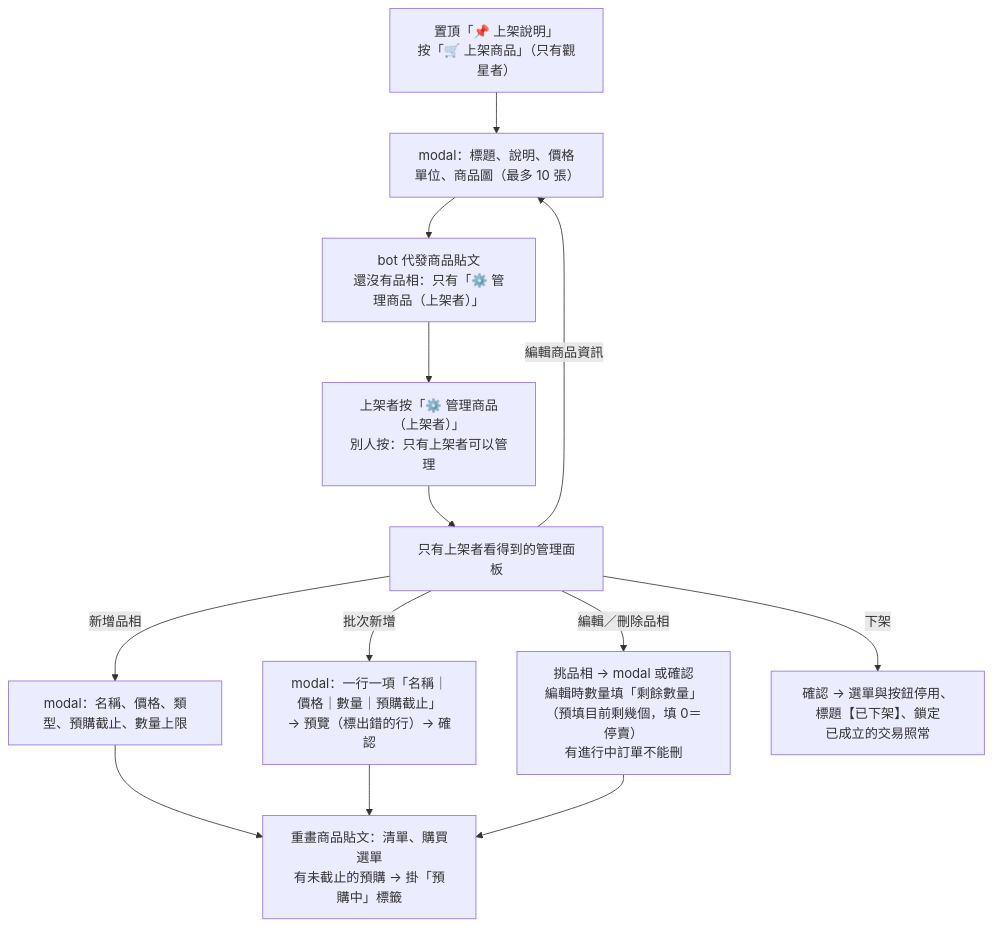
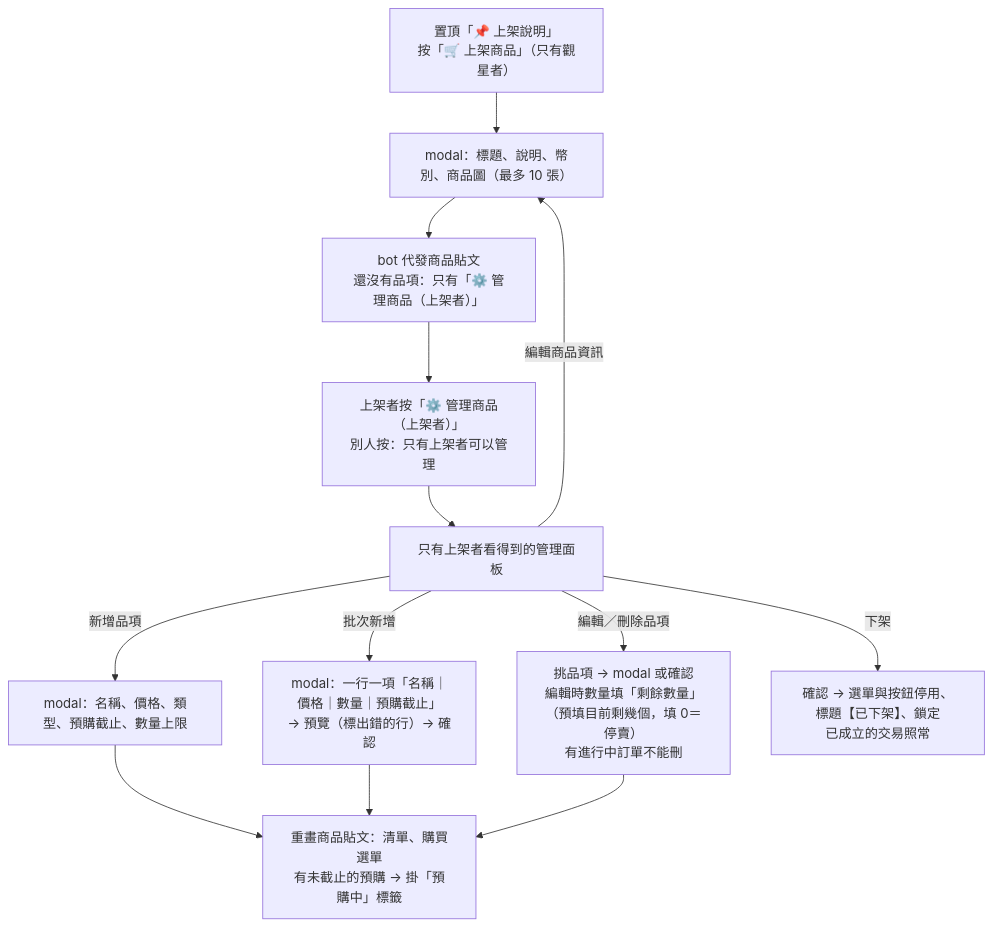
Before and after one commit to jjasoncool/Discord-Bot: the ninth of 11 diagrams in TRADE_FLOW.md, drawn with Mermaid. The commit also changed other lines of this file and 1 other file, not shown here.

````diff
--- a/TRADE_FLOW.md
+++ b/TRADE_FLOW.md
@@ -277,15 +280,15 @@
 ```mermaid
 flowchart TD
-  G["置頂「📌 上架說明」<br/>按「🛒 上架商品」（只有觀星者）"] --> M1["modal：標題、說明、價格單位、商品圖（最多 10 張）"]
-  M1 --> P["bot 代發商品貼文<br/>還沒有品相：只有「⚙️ 管理商品（上架者）」"]
+  G["置頂「📌 上架說明」<br/>按「🛒 上架商品」（只有觀星者）"] --> M1["modal：標題、說明、幣別、商品圖（最多 10 張）"]
+  M1 --> P["bot 代發商品貼文<br/>還沒有品項：只有「⚙️ 管理商品（上架者）」"]
   P --> B["上架者按「⚙️ 管理商品（上架者）」<br/>別人按：只有上架者可以管理"]
   B --> Panel["只有上架者看得到的管理面板"]
-  Panel -->|新增品相| V["modal：名稱、價格、類型、預購截止、數量上限"]
+  Panel -->|新增品項| V["modal：名稱、價格、類型、預購截止、數量上限"]
   Panel -->|批次新增| BT["modal：一行一項「名稱｜價格｜數量｜預購截止」<br/>→ 預覽（標出錯的行）→ 確認"]
-  Panel -->|編輯／刪除品相| PK["挑品相 → modal 或確認<br/>編輯時數量填「剩餘數量」（預填目前剩幾個，填 0＝停賣）<br/>有進行中訂單不能刪"]
+  Panel -->|編輯／刪除品項| PK["挑品項 → modal 或確認<br/>編輯時數量填「剩餘數量」（預填目前剩幾個，填 0＝停賣）<br/>有進行中訂單不能刪"]
   Panel -->|編輯商品資訊| M1
   Panel -->|下架| C["確認 → 選單與按鈕停用、標題【已下架】、鎖定<br/>已成立的交易照常"]
   V --> R["重畫商品貼文：清單、購買選單<br/>有未截止的預購 → 掛「預購中」標籤"]
   BT --> R
   PK --> R
 ```
````
